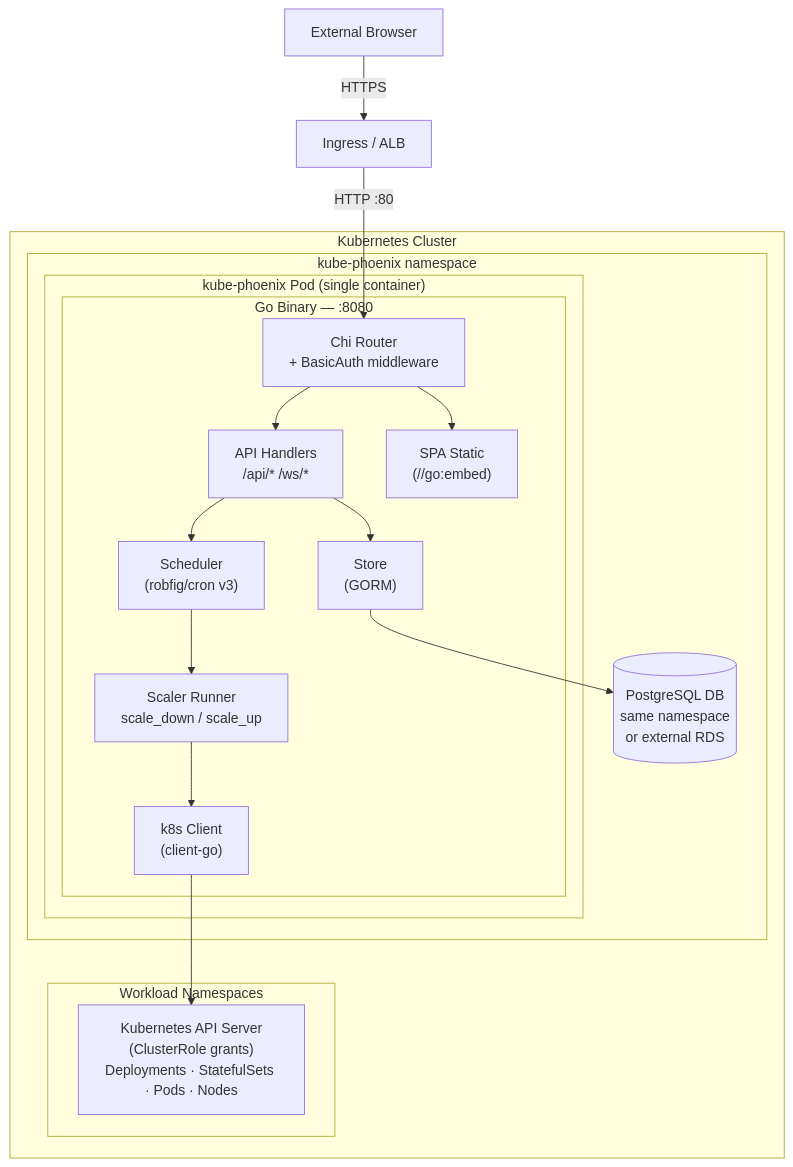
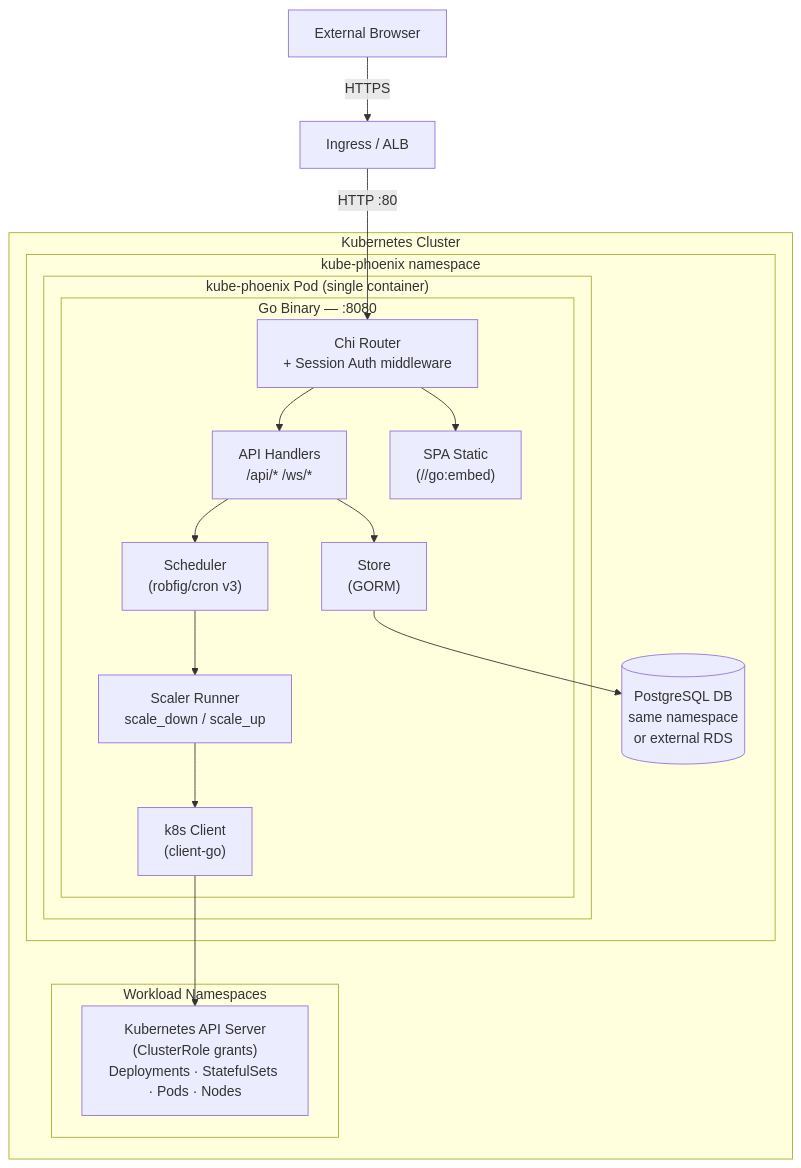
One commit to MacXsimilian/kube-phoenix changed the first of 9 diagrams in ARCHITECTURE.md. Above: the diagram before and after it, drawn with Mermaid. The commit also changed other lines of this file and 1 other file, not shown here.

Commit message:
docs: update README and ARCHITECTURE for user management feature

````diff
--- a/ARCHITECTURE.md
+++ b/ARCHITECTURE.md
@@ -84,36 +89,36 @@
 ```mermaid
 flowchart TB
     Browser["External Browser"]
     ALB["Ingress / ALB"]
 
     subgraph Cluster["Kubernetes Cluster"]
         subgraph NS["kube-phoenix namespace"]
             subgraph Pod["kube-phoenix Pod (single container)"]
                 subgraph Binary["Go Binary — :8080"]
-                    Router["Chi Router<br/>+ BasicAuth middleware"]
+                    Router["Chi Router<br/>+ Session Auth middleware"]
                     Handlers["API Handlers<br/>/api/*  /ws/*"]
                     Scheduler["Scheduler<br/>(robfig/cron v3)"]
                     Scaler["Scaler Runner<br/>scale_down / scale_up"]
                     Store["Store<br/>(GORM)"]
                     SPA["SPA Static<br/>(//go:embed)"]
                     K8sClient["k8s Client<br/>(client-go)"]
                 end
             end
             PG[("PostgreSQL DB<br/>same namespace<br/>or external RDS")]
         end
         subgraph Workloads["Workload Namespaces"]
             K8sAPI["Kubernetes API Server<br/>(ClusterRole grants)<br/>Deployments · StatefulSets · Pods · Nodes"]
         end
     end
 
     Browser -- "HTTPS" --> ALB
     ALB -- "HTTP :80" --> Router
     Router --> Handlers
     Router --> SPA
     Handlers --> Scheduler
     Handlers --> Store
     Scheduler --> Scaler
     Scaler --> K8sClient
     K8sClient --> K8sAPI
     Store --> PG
 ```
````
